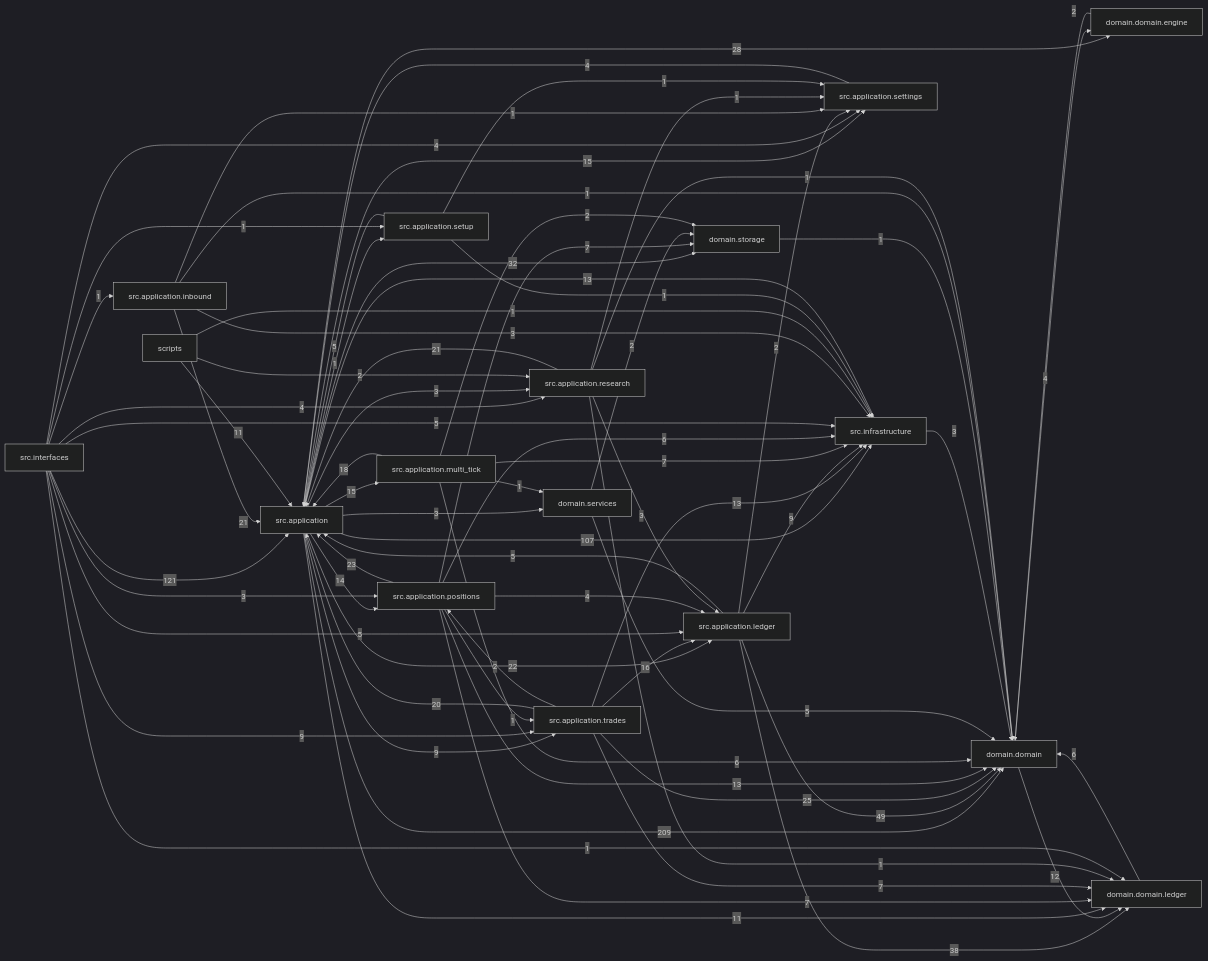
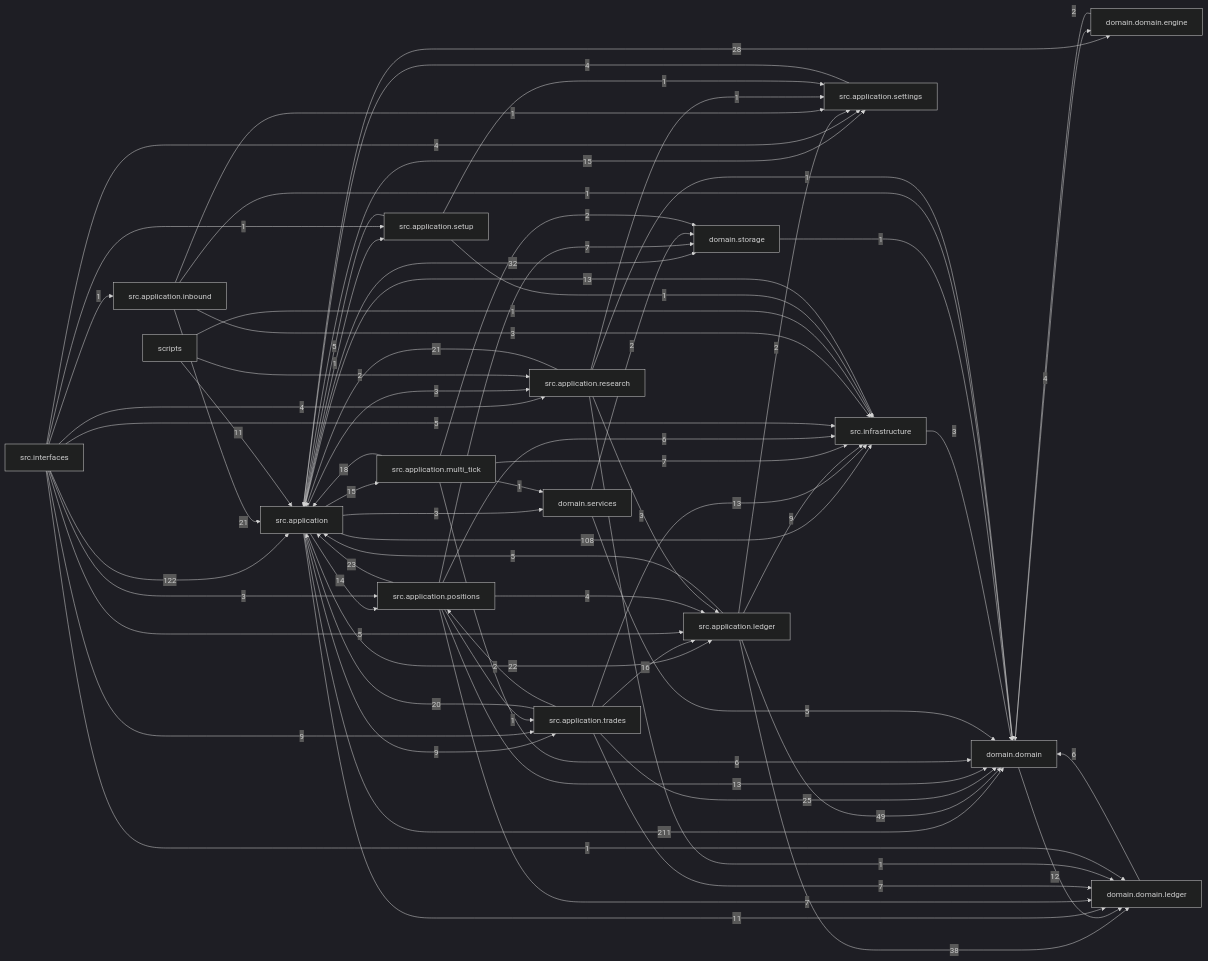
One commit to liuxie066/options-monitor changed the diagram in docs/dependency_graph.mmd. Above: the diagram before and after it, drawn with Mermaid (dark theme). The commit also changed 6 other files, not shown here.

```diff
--- a/docs/dependency_graph.mmd
+++ b/docs/dependency_graph.mmd
@@ -1,72 +1,72 @@
 flowchart LR
-  src_application["src.application"] -->|209| domain_domain["domain.domain"]
-  src_interfaces["src.interfaces"] -->|121| src_application["src.application"]
-  src_application["src.application"] -->|107| src_infrastructure["src.infrastructure"]
+  src_application["src.application"] -->|211| domain_domain["domain.domain"]
+  src_interfaces["src.interfaces"] -->|122| src_application["src.application"]
+  src_application["src.application"] -->|108| src_infrastructure["src.infrastructure"]
   src_application_ledger["src.application.ledger"] -->|49| domain_domain["domain.domain"]
   src_application_ledger["src.application.ledger"] -->|38| domain_domain_ledger["domain.domain.ledger"]
   src_application["src.application"] -->|32| domain_storage["domain.storage"]
   src_application["src.application"] -->|28| domain_domain_engine["domain.domain.engine"]
   src_application_trades["src.application.trades"] -->|25| domain_domain["domain.domain"]
   src_application_positions["src.application.positions"] -->|23| src_application["src.application"]
   src_application["src.application"] -->|22| src_application_ledger["src.application.ledger"]
   src_application_inbound["src.application.inbound"] -->|21| src_application["src.application"]
   src_application_research["src.application.research"] -->|21| src_application["src.application"]
   src_application_trades["src.application.trades"] -->|20| src_application["src.application"]
   src_application_multi_tick["src.application.multi_tick"] -->|18| src_application["src.application"]
   src_application_trades["src.application.trades"] -->|16| src_application_ledger["src.application.ledger"]
   src_application["src.application"] -->|15| src_application_multi_tick["src.application.multi_tick"]
   src_application["src.application"] -->|15| src_application_settings["src.application.settings"]
   src_application["src.application"] -->|14| src_application_positions["src.application.positions"]
   src_application_positions["src.application.positions"] -->|13| domain_domain["domain.domain"]
   src_application_trades["src.application.trades"] -->|13| src_infrastructure["src.infrastructure"]
   src_infrastructure["src.infrastructure"] -->|13| src_application["src.application"]
   domain_domain["domain.domain"] -->|12| domain_domain_ledger["domain.domain.ledger"]
   scripts["scripts"] -->|11| src_application["src.application"]
   src_application["src.application"] -->|11| domain_domain_ledger["domain.domain.ledger"]
   src_application["src.application"] -->|9| src_application_trades["src.application.trades"]
   src_application_ledger["src.application.ledger"] -->|9| src_infrastructure["src.infrastructure"]
   src_interfaces["src.interfaces"] -->|9| src_application_trades["src.application.trades"]
   src_application_multi_tick["src.application.multi_tick"] -->|7| src_infrastructure["src.infrastructure"]
   src_application_positions["src.application.positions"] -->|7| domain_domain_ledger["domain.domain.ledger"]
   src_application_positions["src.application.positions"] -->|7| domain_storage["domain.storage"]
   src_application_trades["src.application.trades"] -->|7| domain_domain_ledger["domain.domain.ledger"]
   domain_domain_ledger["domain.domain.ledger"] -->|6| domain_domain["domain.domain"]
   src_application_multi_tick["src.application.multi_tick"] -->|6| domain_domain["domain.domain"]
   src_application_positions["src.application.positions"] -->|6| src_infrastructure["src.infrastructure"]
   domain_services["domain.services"] -->|5| domain_domain["domain.domain"]
   src_application_ledger["src.application.ledger"] -->|5| src_application["src.application"]
   src_application_setup["src.application.setup"] -->|5| src_application["src.application"]
   src_interfaces["src.interfaces"] -->|5| src_application_ledger["src.application.ledger"]
   src_interfaces["src.interfaces"] -->|5| src_infrastructure["src.infrastructure"]
   domain_domain["domain.domain"] -->|4| domain_domain_engine["domain.domain.engine"]
   src_application_positions["src.application.positions"] -->|4| src_application_ledger["src.application.ledger"]
   src_application_settings["src.application.settings"] -->|4| src_application["src.application"]
   src_interfaces["src.interfaces"] -->|4| src_application_research["src.application.research"]
   src_interfaces["src.interfaces"] -->|4| src_application_settings["src.application.settings"]
   src_application["src.application"] -->|3| domain_services["domain.services"]
   src_application["src.application"] -->|3| src_application_research["src.application.research"]
   src_application_inbound["src.application.inbound"] -->|3| src_infrastructure["src.infrastructure"]
   src_application_research["src.application.research"] -->|3| src_application_ledger["src.application.ledger"]
   src_infrastructure["src.infrastructure"] -->|3| domain_domain["domain.domain"]
   src_interfaces["src.interfaces"] -->|3| src_application_positions["src.application.positions"]
   domain_domain_engine["domain.domain.engine"] -->|2| domain_domain["domain.domain"]
   domain_services["domain.services"] -->|2| domain_storage["domain.storage"]
   scripts["scripts"] -->|2| src_application_research["src.application.research"]
   src_application_ledger["src.application.ledger"] -->|2| src_application_settings["src.application.settings"]
   src_application_multi_tick["src.application.multi_tick"] -->|2| domain_storage["domain.storage"]
   src_application_trades["src.application.trades"] -->|2| src_application_positions["src.application.positions"]
   domain_storage["domain.storage"] -->|1| domain_domain["domain.domain"]
   scripts["scripts"] -->|1| src_infrastructure["src.infrastructure"]
   src_application["src.application"] -->|1| src_application_setup["src.application.setup"]
   src_application_inbound["src.application.inbound"] -->|1| domain_domain["domain.domain"]
   src_application_inbound["src.application.inbound"] -->|1| src_application_settings["src.application.settings"]
   src_application_multi_tick["src.application.multi_tick"] -->|1| domain_services["domain.services"]
   src_application_positions["src.application.positions"] -->|1| src_application_trades["src.application.trades"]
   src_application_research["src.application.research"] -->|1| domain_domain["domain.domain"]
   src_application_research["src.application.research"] -->|1| domain_domain_ledger["domain.domain.ledger"]
   src_application_research["src.application.research"] -->|1| src_application_settings["src.application.settings"]
   src_application_setup["src.application.setup"] -->|1| src_application_settings["src.application.settings"]
   src_application_setup["src.application.setup"] -->|1| src_infrastructure["src.infrastructure"]
   src_interfaces["src.interfaces"] -->|1| domain_domain_ledger["domain.domain.ledger"]
   src_interfaces["src.interfaces"] -->|1| src_application_inbound["src.application.inbound"]
   src_interfaces["src.interfaces"] -->|1| src_application_setup["src.application.setup"]
```
